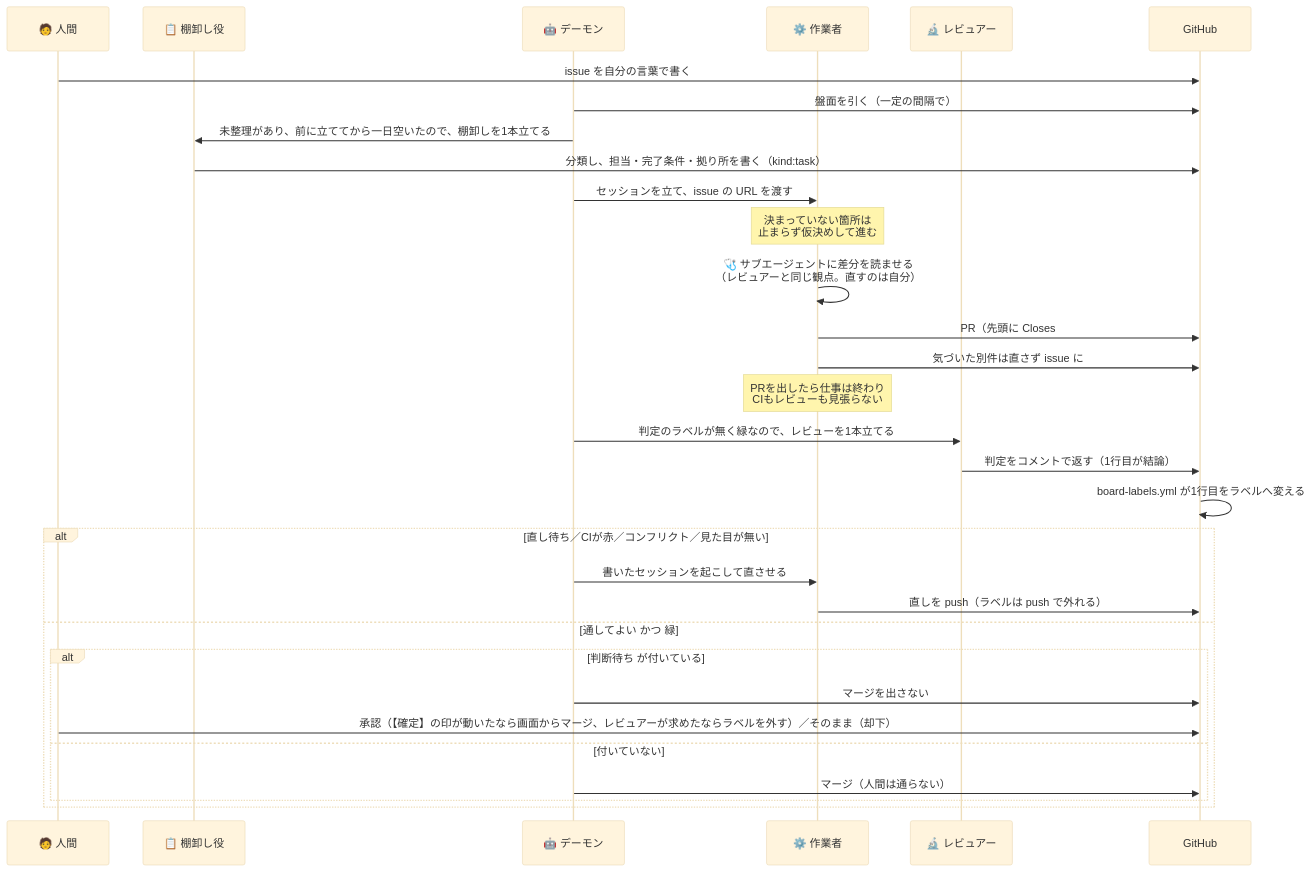
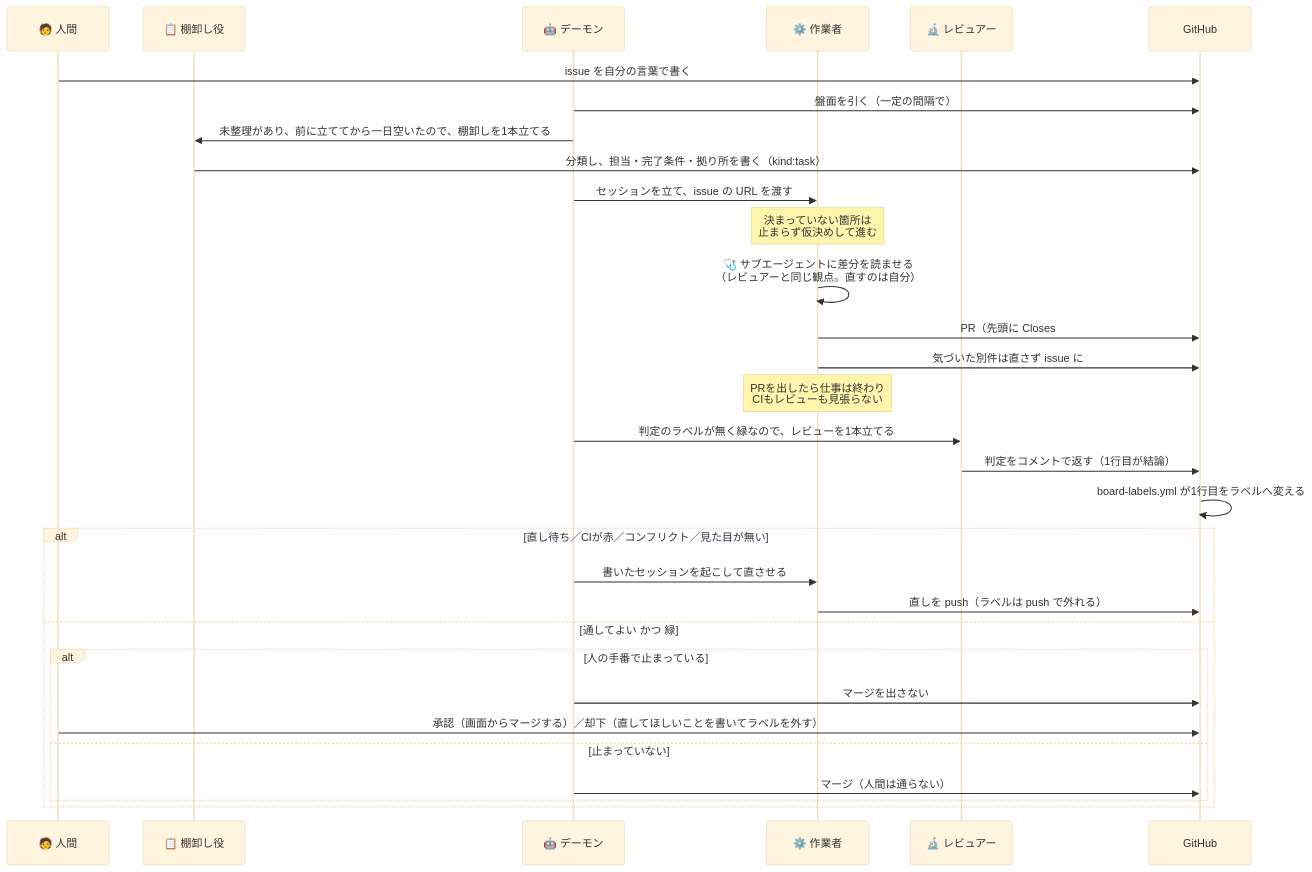
One commit to gooyyu1/UnmappedIsland changed the third of 5 diagrams in docs/ParallelAgents.md. Above: the diagram before and after it, drawn with Mermaid (base theme). The commit also changed other lines of this file and 12 other files, not shown here.

````diff
--- a/docs/ParallelAgents.md
+++ b/docs/ParallelAgents.md
@@ -232,35 +232,35 @@
 ```mermaid
 sequenceDiagram
     participant H as 🧑 人間
     participant T as 📋 棚卸し役
     participant D as 🤖 デーモン
     participant W as ⚙️ 作業者
     participant R as 🔬 レビュアー
     participant G as GitHub
 
     H->>G: issue を自分の言葉で書く
     D->>G: 盤面を引く（一定の間隔で）
     D->>T: 未整理があり、前に立ててから一日空いたので、棚卸しを1本立てる
     T->>G: 分類し、担当・完了条件・拠り所を書く（kind:task）
     D->>W: セッションを立て、issue の URL を渡す
     Note over W: 決まっていない箇所は<br/>止まらず仮決めして進む
     W->>W: 🩺 サブエージェントに差分を読ませる<br/>（レビュアーと同じ観点。直すのは自分）
     W->>G: PR（先頭に Closes #N と ## 仮決め）
     W->>G: 気づいた別件は直さず issue に
     Note over W: PRを出したら仕事は終わり<br/>CIもレビューも見張らない
     D->>R: 判定のラベルが無く緑なので、レビューを1本立てる
     R->>G: 判定をコメントで返す（1行目が結論）
     G->>G: board-labels.yml が1行目をラベルへ変える
 
     alt 直し待ち／CIが赤／コンフリクト／見た目が無い
         D->>W: 書いたセッションを起こして直させる
         W->>G: 直しを push（ラベルは push で外れる）
     else 通してよい かつ 緑
-        alt 判断待ち が付いている
+        alt 人の手番で止まっている
             D->>G: マージを出さない
-            H->>G: 承認（【確定】の印が動いたなら画面からマージ、レビュアーが求めたならラベルを外す）／そのまま（却下）
-        else 付いていない
+            H->>G: 承認（画面からマージする）／却下（直してほしいことを書いてラベルを外す）
+        else 止まっていない
             D->>G: マージ（人間は通らない）
         end
     end
 ```
````
